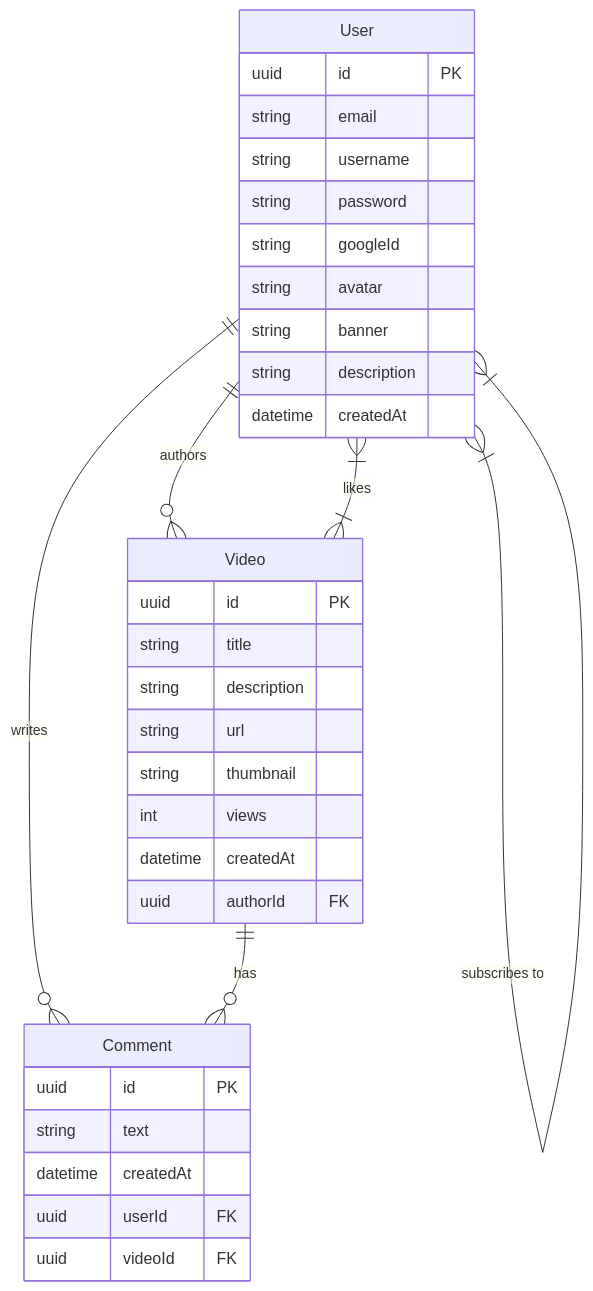
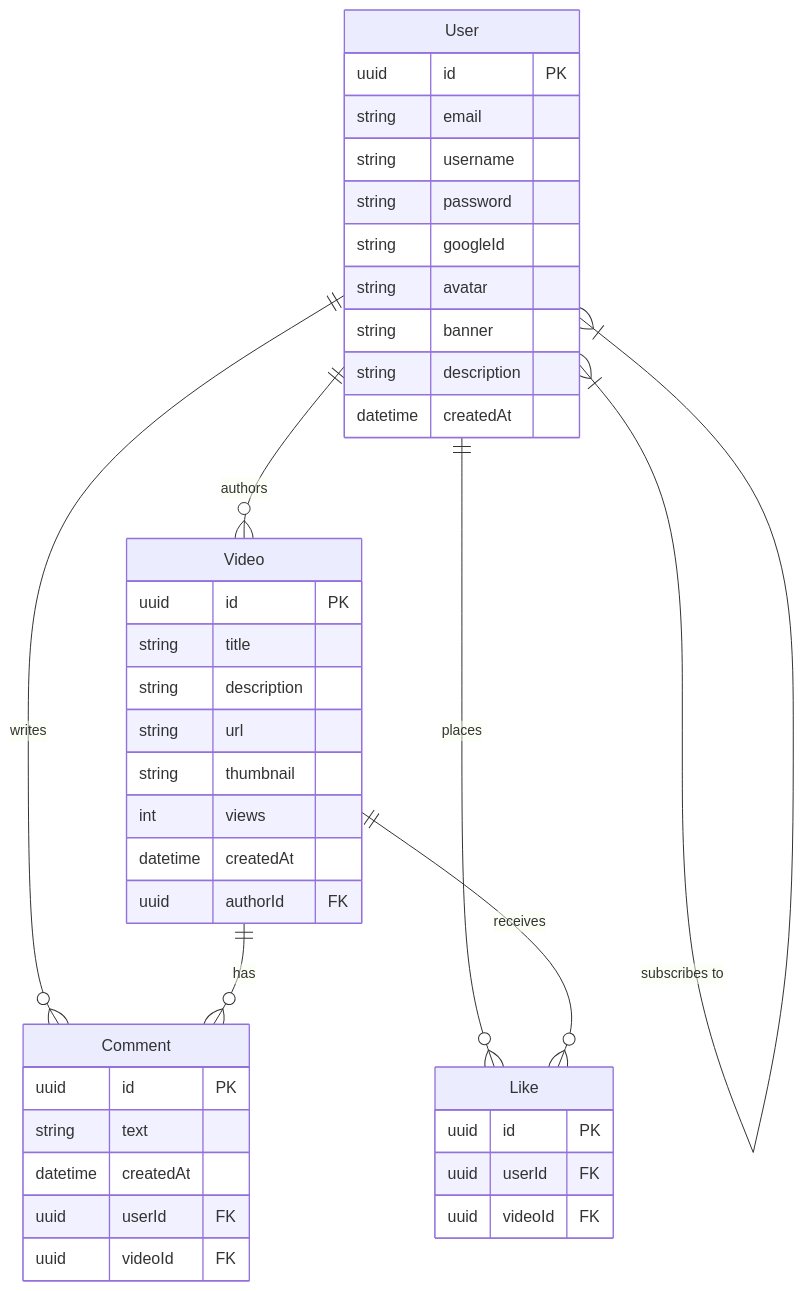
One commit to ezpectus/kpi2__Mavpz-Labs changed the diagram in Labs/lab1-er/model/er.mmd. Above: the diagram before and after it, drawn with Mermaid.

Commit message:
lab1: fix - like as associative entity not direct M:N

```diff
--- a/Labs/lab1-er/model/er.mmd
+++ b/Labs/lab1-er/model/er.mmd
@@ -1,37 +1,44 @@
 erDiagram
     User {
         uuid id PK
         string email
         string username
         string password
         string googleId
         string avatar
         string banner
         string description
         datetime createdAt
     }
 
     Video {
         uuid id PK
         string title
         string description
         string url
         string thumbnail
         int views
         datetime createdAt
         uuid authorId FK
     }
 
     Comment {
         uuid id PK
         string text
         datetime createdAt
         uuid userId FK
         uuid videoId FK
     }
 
+    Like {
+        uuid id PK
+        uuid userId FK
+        uuid videoId FK
+    }
+
     User ||--o{ Video : "authors"
     User ||--o{ Comment : "writes"
     Video ||--o{ Comment : "has"
-    User }|--|{ Video : "likes"
+    User ||--o{ Like : "places"
+    Video ||--o{ Like : "receives"
     User }|--|{ User : "subscribes to"
```
